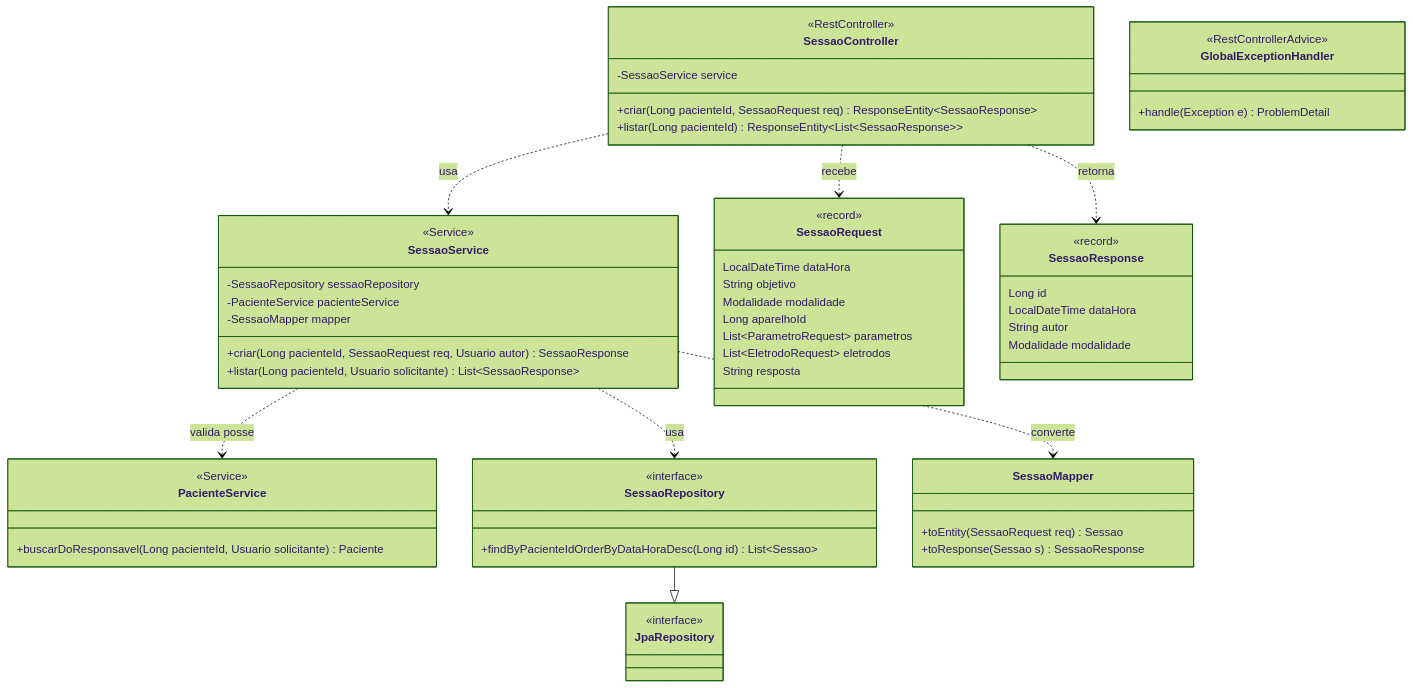
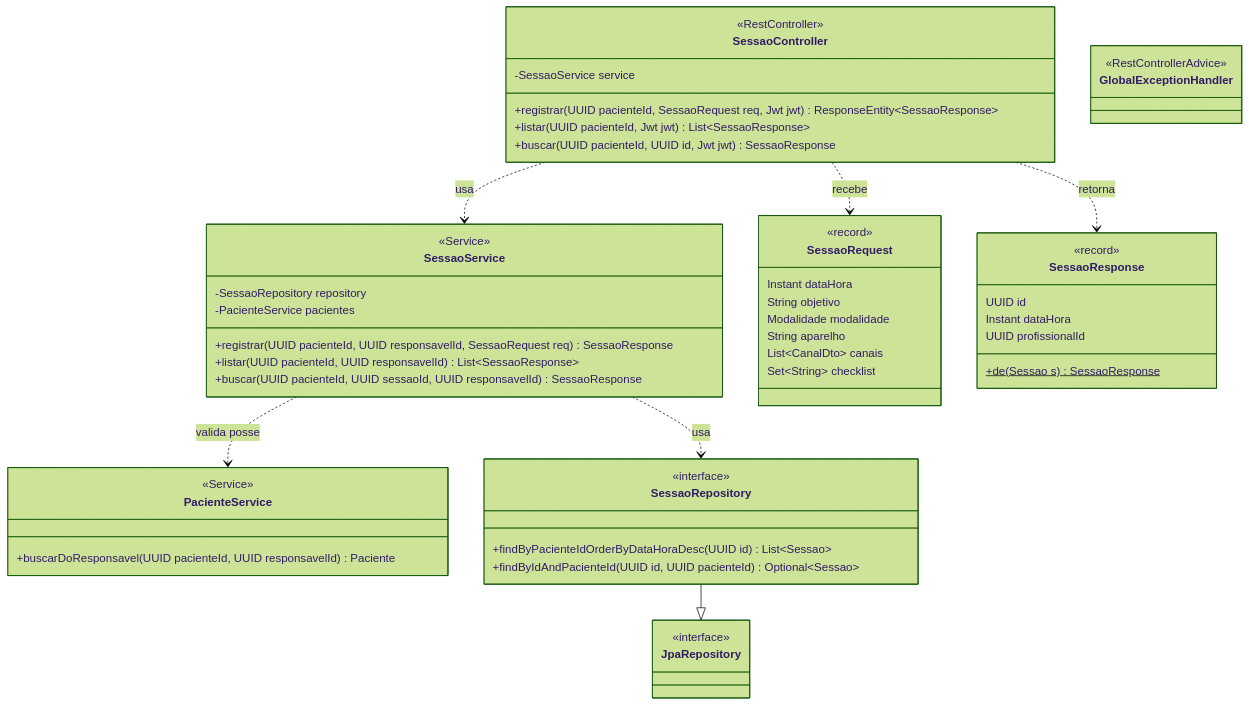
One commit to eksdat/tens-fes-web changed the fourth of 7 diagrams in backend/README.md. Above: the diagram before and after it, drawn with Mermaid (forest theme). The commit also changed other lines of this file and 6 other files, not shown here.

````diff
--- a/backend/README.md
+++ b/backend/README.md
@@ -580,61 +535,56 @@
 ```mermaid
 classDiagram
     class SessaoController {
         <<RestController>>
         -SessaoService service
-        +criar(Long pacienteId, SessaoRequest req) ResponseEntity~SessaoResponse~
-        +listar(Long pacienteId) ResponseEntity~List~SessaoResponse~~
+        +registrar(UUID pacienteId, SessaoRequest req, Jwt jwt) ResponseEntity~SessaoResponse~
+        +listar(UUID pacienteId, Jwt jwt) List~SessaoResponse~
+        +buscar(UUID pacienteId, UUID id, Jwt jwt) SessaoResponse
     }
     class SessaoService {
         <<Service>>
-        -SessaoRepository sessaoRepository
-        -PacienteService pacienteService
-        -SessaoMapper mapper
-        +criar(Long pacienteId, SessaoRequest req, Usuario autor) SessaoResponse
-        +listar(Long pacienteId, Usuario solicitante) List~SessaoResponse~
+        -SessaoRepository repository
+        -PacienteService pacientes
+        +registrar(UUID pacienteId, UUID responsavelId, SessaoRequest req) SessaoResponse
+        +listar(UUID pacienteId, UUID responsavelId) List~SessaoResponse~
+        +buscar(UUID pacienteId, UUID sessaoId, UUID responsavelId) SessaoResponse
     }
     class PacienteService {
         <<Service>>
-        +buscarDoResponsavel(Long pacienteId, Usuario solicitante) Paciente
+        +buscarDoResponsavel(UUID pacienteId, UUID responsavelId) Paciente
     }
     class SessaoRepository {
         <<interface>>
-        +findByPacienteIdOrderByDataHoraDesc(Long id) List~Sessao~
+        +findByPacienteIdOrderByDataHoraDesc(UUID id) List~Sessao~
+        +findByIdAndPacienteId(UUID id, UUID pacienteId) Optional~Sessao~
     }
     class JpaRepository {
         <<interface>>
     }
-    class SessaoMapper {
-        +toEntity(SessaoRequest req) Sessao
-        +toResponse(Sessao s) SessaoResponse
-    }
     class SessaoRequest {
         <<record>>
-        LocalDateTime dataHora
+        Instant dataHora
         String objetivo
         Modalidade modalidade
-        Long aparelhoId
-        List~ParametroRequest~ parametros
-        List~EletrodoRequest~ eletrodos
-        String resposta
+        String aparelho
+        List~CanalDto~ canais
+        Set~String~ checklist
     }
     class SessaoResponse {
         <<record>>
-        Long id
-        LocalDateTime dataHora
-        String autor
-        Modalidade modalidade
+        UUID id
+        Instant dataHora
+        UUID profissionalId
+        +de(Sessao s)$ SessaoResponse
     }
     class GlobalExceptionHandler {
         <<RestControllerAdvice>>
-        +handle(Exception e) ProblemDetail
     }
 
     SessaoController ..> SessaoService : usa
     SessaoController ..> SessaoRequest : recebe
     SessaoController ..> SessaoResponse : retorna
     SessaoService ..> PacienteService : valida posse
     SessaoService ..> SessaoRepository : usa
-    SessaoService ..> SessaoMapper : converte
     SessaoRepository --|> JpaRepository
 ```
````
